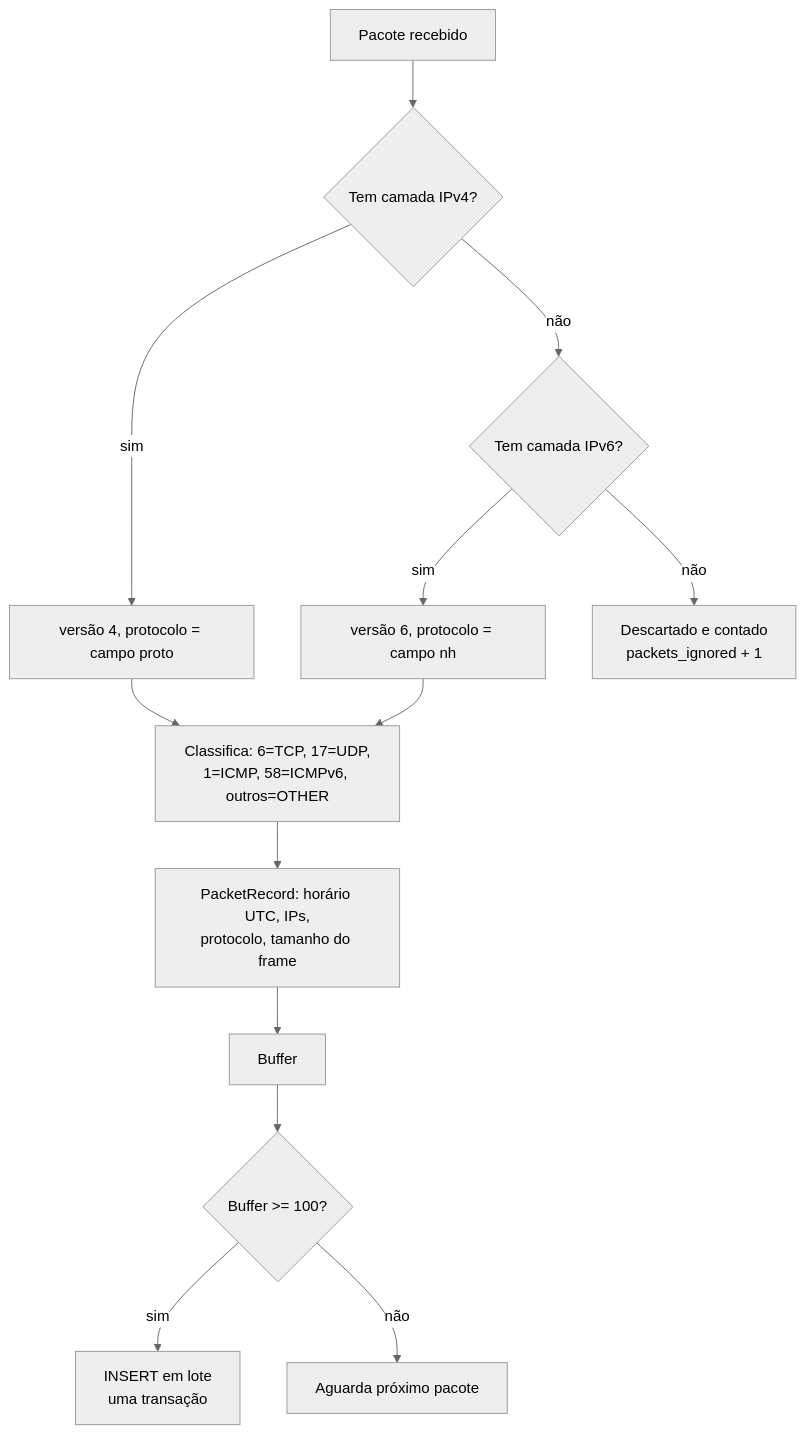
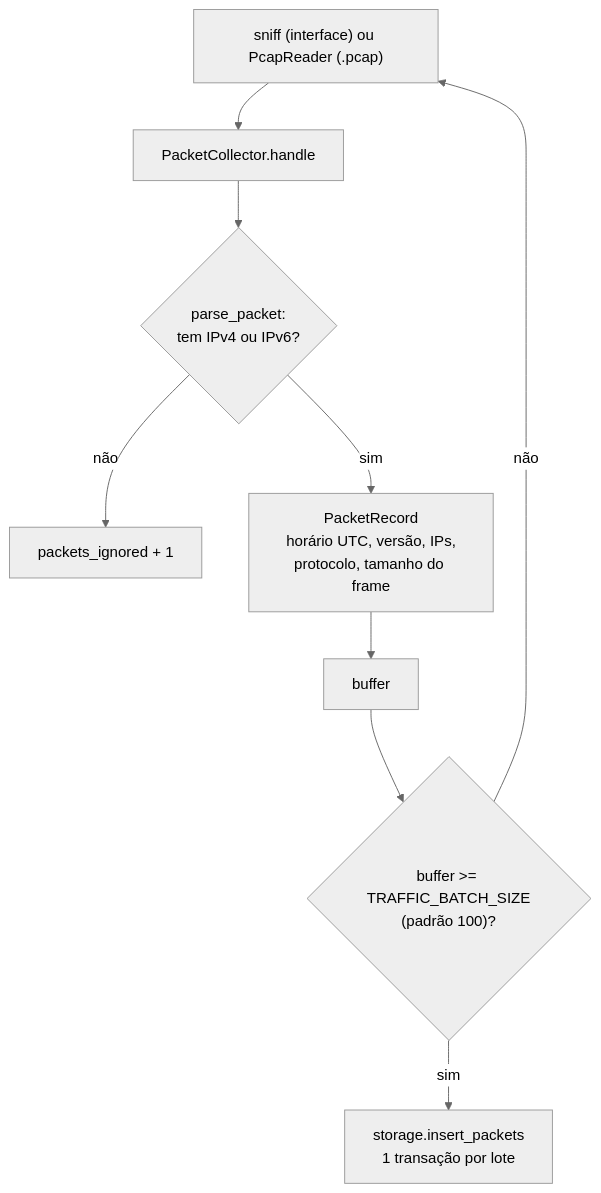
One commit to brunodrapalski-hue/Analizador-de-trafego changed the first of 2 diagrams in docs/arquitetura.md. Above: the diagram before and after it, drawn with Mermaid (neutral theme). The commit also changed other lines of this file and 10 other files, not shown here.

````diff
--- a/docs/arquitetura.md
+++ b/docs/arquitetura.md
@@ -45,15 +19,11 @@
 ```mermaid
 flowchart TD
-    A[Pacote recebido] --> B{Tem camada IPv4?}
-    B -- sim --> D[versão 4, protocolo = campo proto]
-    B -- não --> C{Tem camada IPv6?}
-    C -- sim --> E[versão 6, protocolo = campo nh]
-    C -- não --> F[Descartado e contado<br/>packets_ignored + 1]
-    D --> G[Classifica: 6=TCP, 17=UDP,<br/>1=ICMP, 58=ICMPv6, outros=OTHER]
-    E --> G
-    G --> H[PacketRecord: horário UTC, IPs,<br/>protocolo, tamanho do frame]
-    H --> I[Buffer]
-    I --> J{Buffer >= 100?}
-    J -- sim --> K[INSERT em lote<br/>uma transação]
-    J -- não --> L[Aguarda próximo pacote]
+    SRC["sniff (interface) ou PcapReader (.pcap)"] --> H["PacketCollector.handle"]
+    H --> P{"parse_packet:<br/>tem IPv4 ou IPv6?"}
+    P -- não --> IGN["packets_ignored + 1"]
+    P -- sim --> REC["PacketRecord<br/>horário UTC, versão, IPs,<br/>protocolo, tamanho do frame"]
+    REC --> BUF["buffer"]
+    BUF --> FULL{"buffer >= TRAFFIC_BATCH_SIZE<br/>(padrão 100)?"}
+    FULL -- sim --> INS["storage.insert_packets<br/>1 transação por lote"]
+    FULL -- não --> SRC
 ```
````
